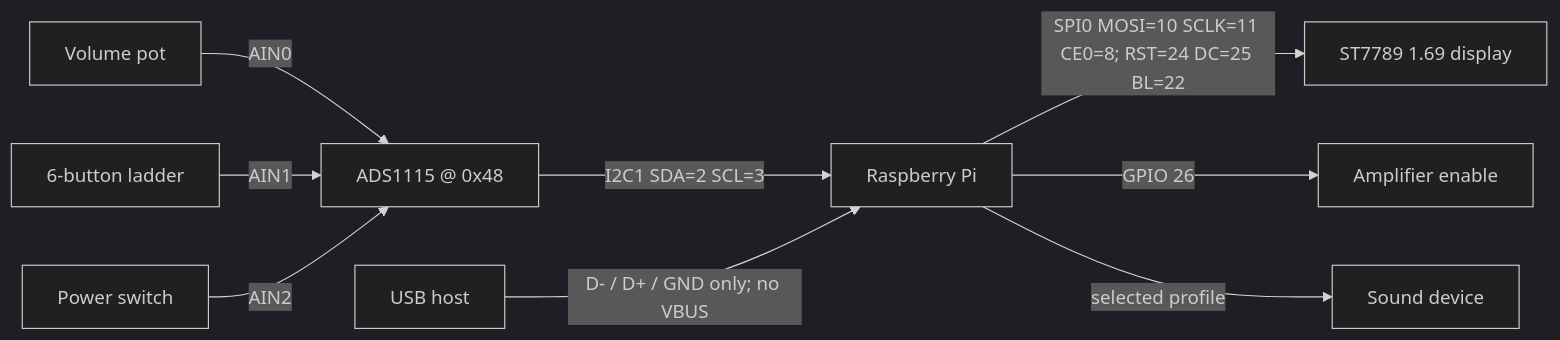
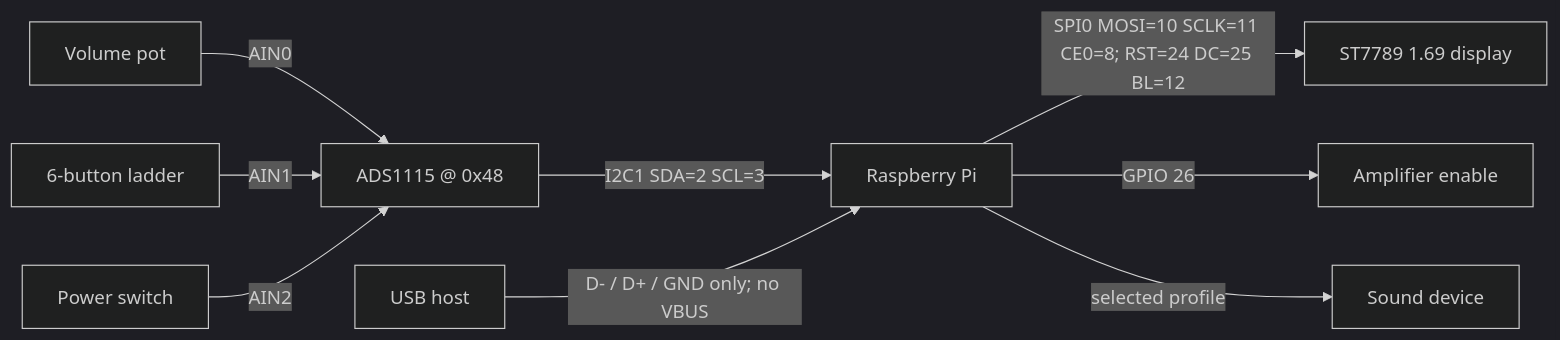
One commit to thk4711/raspberry-kitchen-radio changed the diagram in doc/hardware.md. Above: the diagram before and after it, drawn with Mermaid (dark theme). The commit also changed other lines of this file and 13 other files, not shown here.

````diff
--- a/doc/hardware.md
+++ b/doc/hardware.md
@@ -60,11 +60,11 @@
 ```mermaid
 graph LR
     POT[Volume pot] -->|AIN0| ADS[ADS1115 @ 0x48]
     BTN[6-button ladder] -->|AIN1| ADS
     SW[Power switch] -->|AIN2| ADS
     ADS -->|I2C1 SDA=2 SCL=3| PI[Raspberry Pi]
-    PI -->|SPI0 MOSI=10 SCLK=11 CE0=8; RST=24 DC=25 BL=22| LCD[ST7789 1.69 display]
+    PI -->|SPI0 MOSI=10 SCLK=11 CE0=8; RST=24 DC=25 BL=12| LCD[ST7789 1.69 display]
     PI -->|GPIO 26| AMP[Amplifier enable]
     PI -->|selected profile| DAC[Sound device]
     HOST[USB host] -->|D- / D+ / GND only; no VBUS| PI
 ```
````
